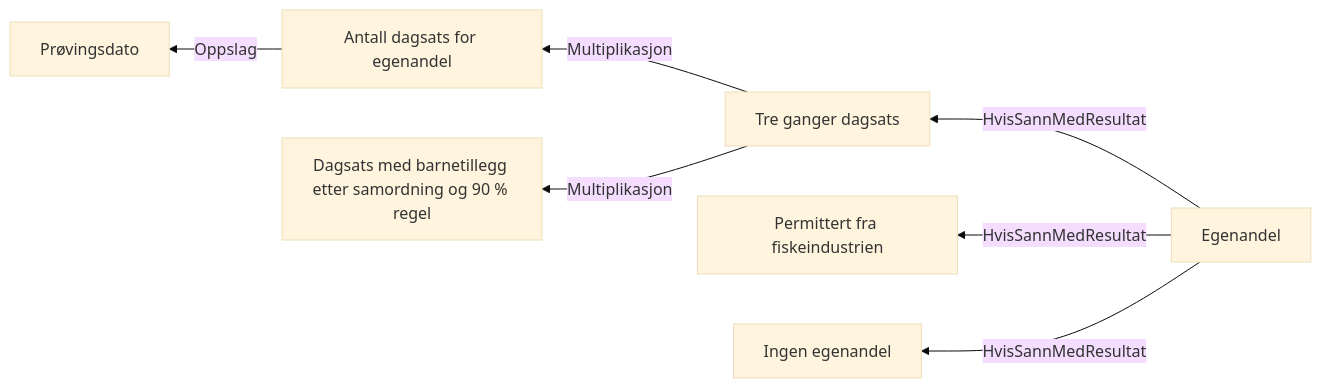
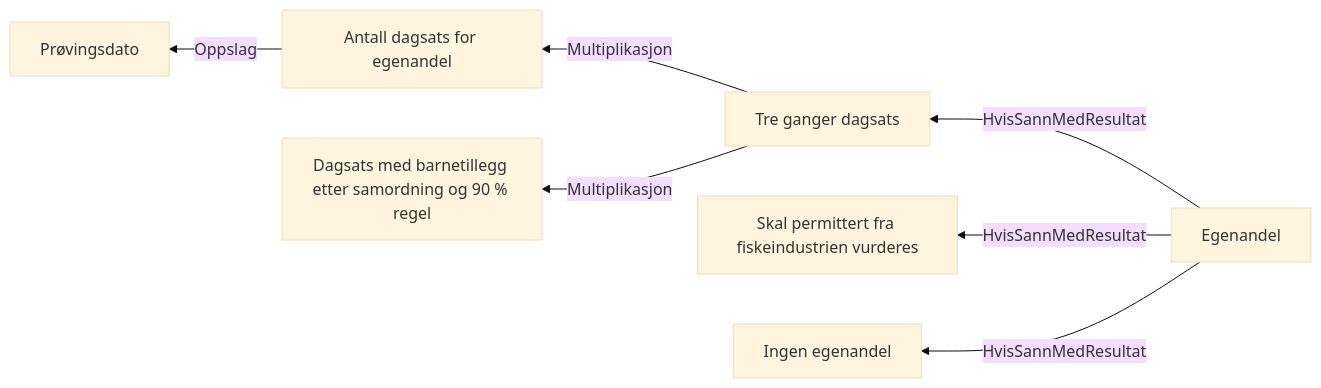
The diagram in docs/regler/§ 4-9. Egenandel.approved.md (navikt/dp-behandling), drawn with Mermaid (base theme) before and after one commit. The commit also changed 44 other files, not shown here.

````diff
--- a/docs/regler/§ 4-9. Egenandel.approved.md
+++ b/docs/regler/§ 4-9. Egenandel.approved.md
@@ -5,9 +5,9 @@
 ```mermaid
 graph RL
   A["Antall dagsats for egenandel"] -->|"Oppslag"| B["Prøvingsdato"]
   C["Tre ganger dagsats"] -->|"Multiplikasjon"| D["Dagsats med barnetillegg etter samordning og 90 % regel"]
   C["Tre ganger dagsats"] -->|"Multiplikasjon"| A["Antall dagsats for egenandel"]
-  E["Egenandel"] -->|"HvisSannMedResultat"| F["Permittert fra fiskeindustrien"]
+  E["Egenandel"] -->|"HvisSannMedResultat"| F["Skal permittert fra fiskeindustrien vurderes"]
   E["Egenandel"] -->|"HvisSannMedResultat"| G["Ingen egenandel"]
   E["Egenandel"] -->|"HvisSannMedResultat"| C["Tre ganger dagsats"]
 ```
````
